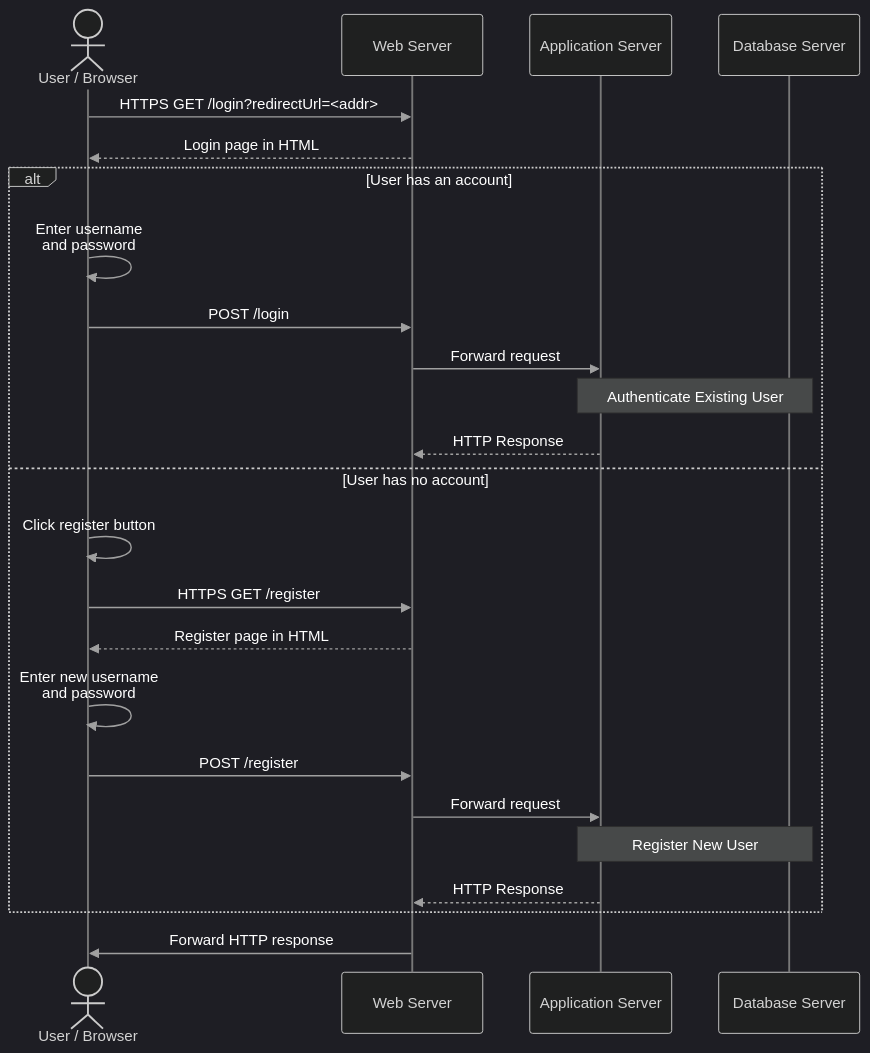
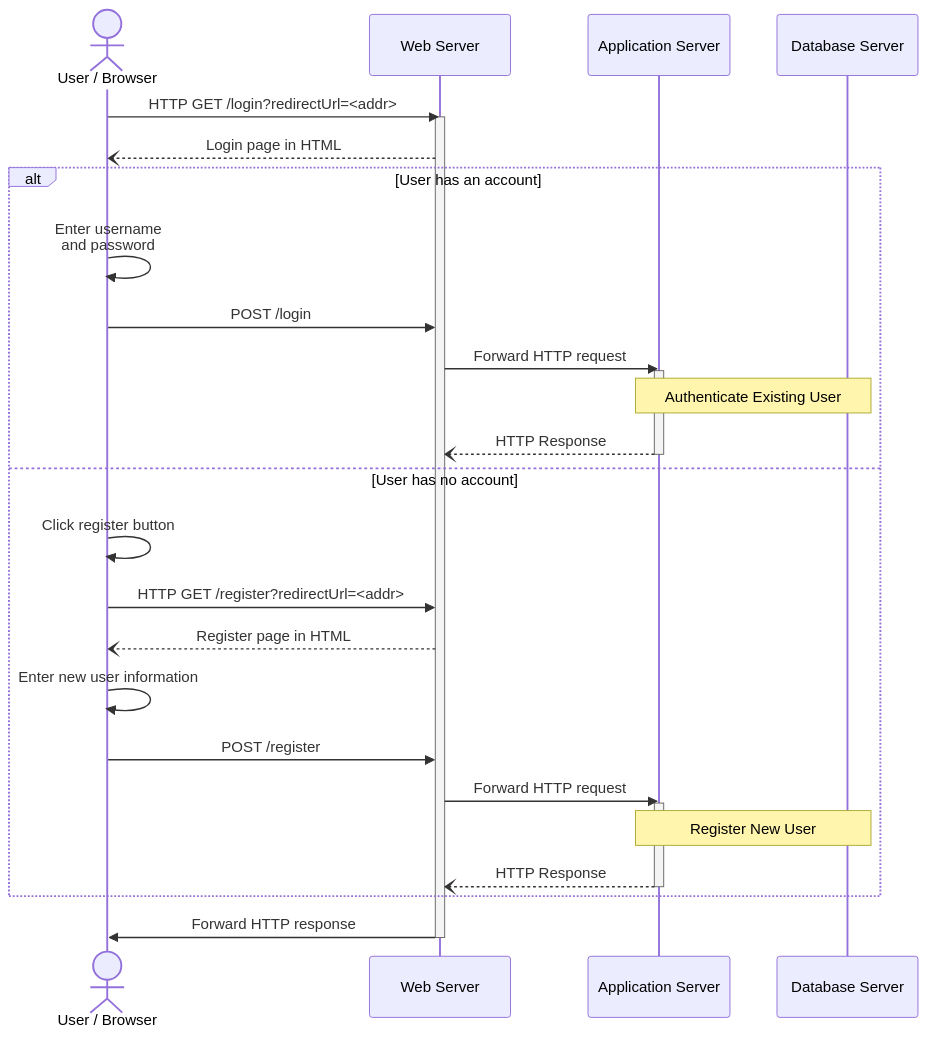
One commit to ahmadxzaki/SOFT437 changed the first of 4 diagrams in A1/Login-SequenceDiagram.md. Above: the diagram before and after it, drawn with Mermaid. The commit also changed other lines of this file and 6 other files, not shown here.

````diff
--- a/A1/Login-SequenceDiagram.md
+++ b/A1/Login-SequenceDiagram.md
@@ -2,42 +2,33 @@
 ```mermaid
-%%{init: {
-  "theme": "dark",
-  "themeVariables": {
-    "textColor": "#ffffff",
-    
-    "signalColor": "#a0a0a0",
-    "signalTextColor": "#ffffff",
-    "loopTextColor": "#ffffff",
-    "actorLineColor": "#787878",
-    "noteTextColor": "#ffffff",
-    
-    "activationBkgColor": "#404040",
-    "activationBorderColor": "#5d5d5d"
-  }
-}}%%
 sequenceDiagram
     actor U as User / Browser
     participant W as Web Server
     participant A as Application Server
     participant DB as Database Server
 
-    U->>W: HTTPS GET /login?redirectUrl=<addr>
-    W-->>U: Login page in HTML
+    U->>W: HTTP GET /login?redirectUrl=<addr>
+    activate W
+    W--)U: Login page in HTML
     alt User has an account
         U->>U: Enter username<br>and password
         U->>W: POST /login
-        W->>A: Forward request
+        W->>A: Forward HTTP request
+        activate A
         note over A, DB: Authenticate Existing User
-        A-->>W: HTTP Response
+        A--)W: HTTP Response
+        deactivate A
     else User has no account
         U->>U: Click register button
-        U->>W: HTTPS GET /register
-        W-->>U: Register page in HTML
-        U->>U: Enter new username<br> and password
+        U->>W: HTTP GET /register?redirectUrl=<addr>
+        W--)U: Register page in HTML
+        U->>U: Enter new user information
         U->>W: POST /register
-        W->>A: Forward request
+        W->>A: Forward HTTP request
+        activate A
         note over A, DB: Register New User
-        A-->>W: HTTP Response
+        A--)W: HTTP Response
+        deactivate A
     end
     W->>U: Forward HTTP response
+    deactivate W
 ```
````
